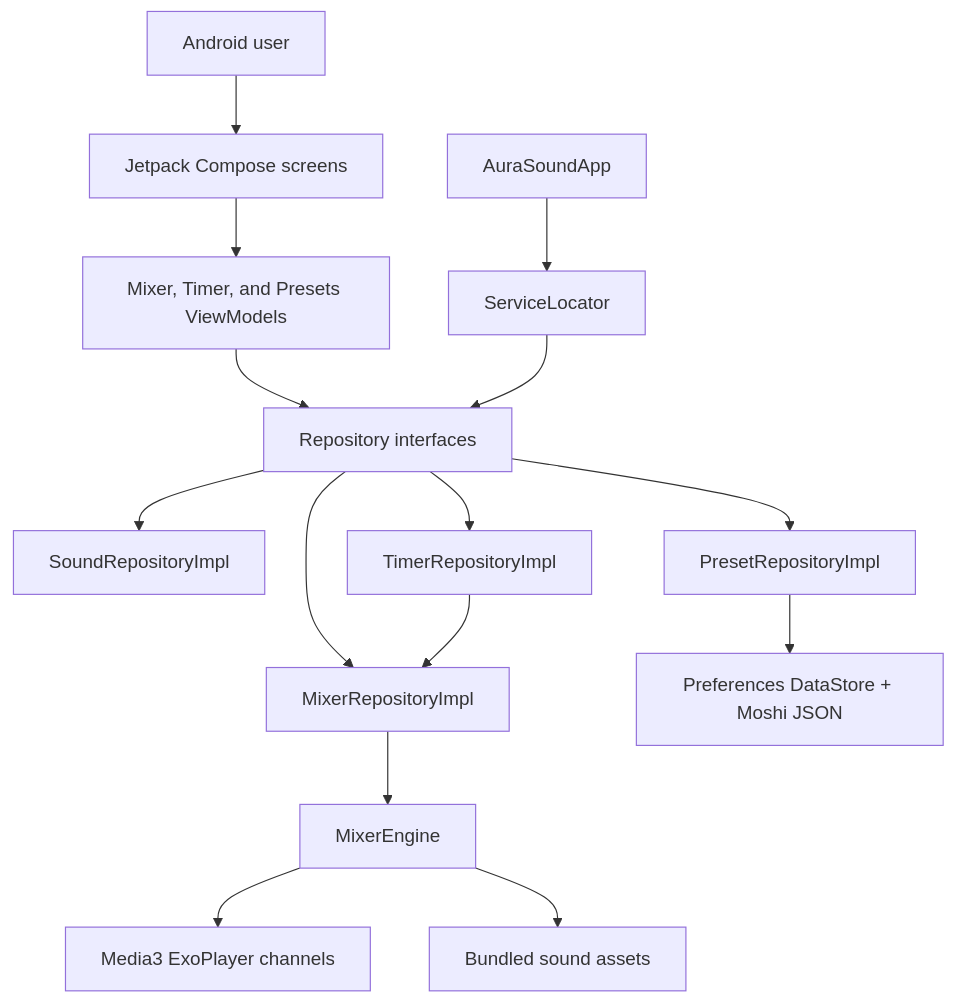
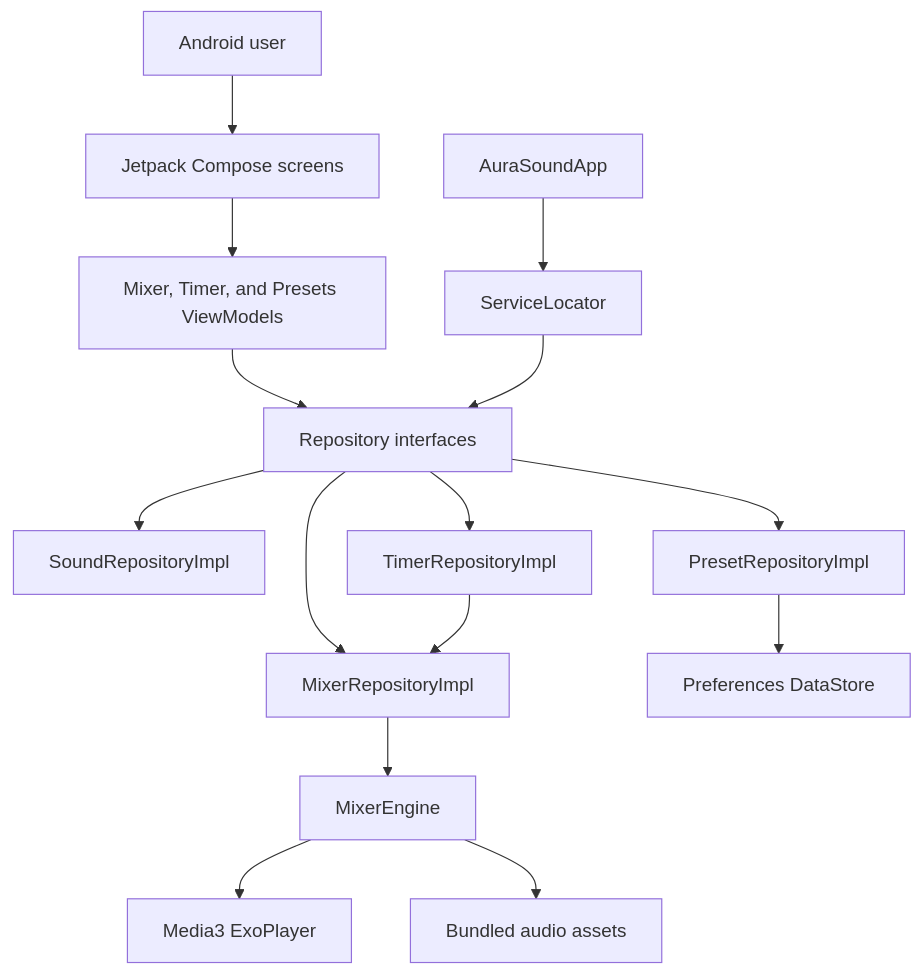
Before and after one commit to michaelsam94/AuraSound: the diagram in README.md, drawn with Mermaid. The commit also changed other lines of this file, not shown here.

````diff
--- a/README.md
+++ b/README.md
@@ -44,17 +41,17 @@
 ```mermaid
 flowchart TD
-    User["Android user"] --> UI["Jetpack Compose screens"]
-    UI --> VM["Mixer, Timer, and Presets ViewModels"]
-    VM --> Contracts["Repository interfaces"]
-    Contracts --> MixerRepo["MixerRepositoryImpl"]
-    Contracts --> SoundRepo["SoundRepositoryImpl"]
-    Contracts --> PresetRepo["PresetRepositoryImpl"]
-    Contracts --> TimerRepo["TimerRepositoryImpl"]
+    User["Android user"] --> Screens["Jetpack Compose screens"]
+    Screens --> ViewModels["Mixer, Timer, and Presets ViewModels"]
+    ViewModels --> Interfaces["Repository interfaces"]
+    Interfaces --> MixerRepo["MixerRepositoryImpl"]
+    Interfaces --> SoundRepo["SoundRepositoryImpl"]
+    Interfaces --> PresetRepo["PresetRepositoryImpl"]
+    Interfaces --> TimerRepo["TimerRepositoryImpl"]
     MixerRepo --> Engine["MixerEngine"]
-    Engine --> Media3["Media3 ExoPlayer channels"]
-    Engine --> Assets["Bundled sound assets"]
-    PresetRepo --> DataStore["Preferences DataStore + Moshi JSON"]
+    Engine --> Media3["Media3 ExoPlayer"]
+    Engine --> Assets["Bundled audio assets"]
+    PresetRepo --> DataStore["Preferences DataStore"]
     TimerRepo --> MixerRepo
     App["AuraSoundApp"] --> Locator["ServiceLocator"]
-    Locator --> Contracts
+    Locator --> Interfaces
 ```
````
